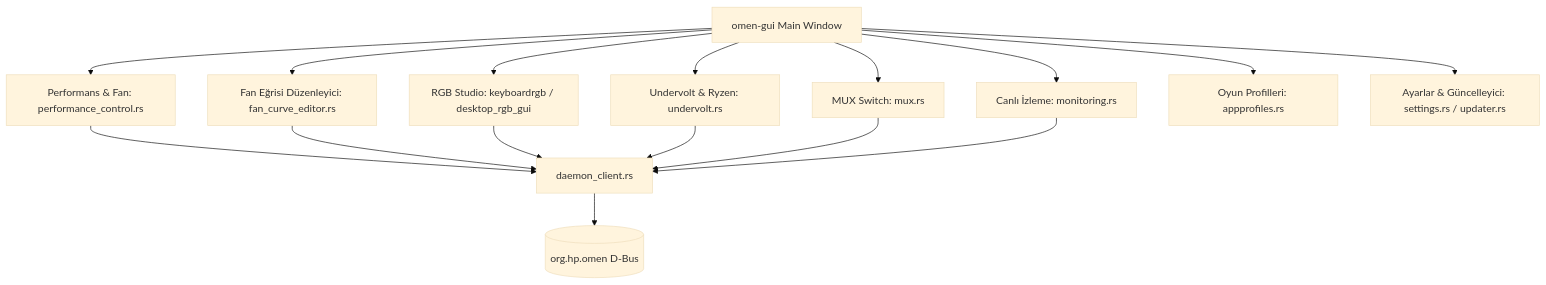
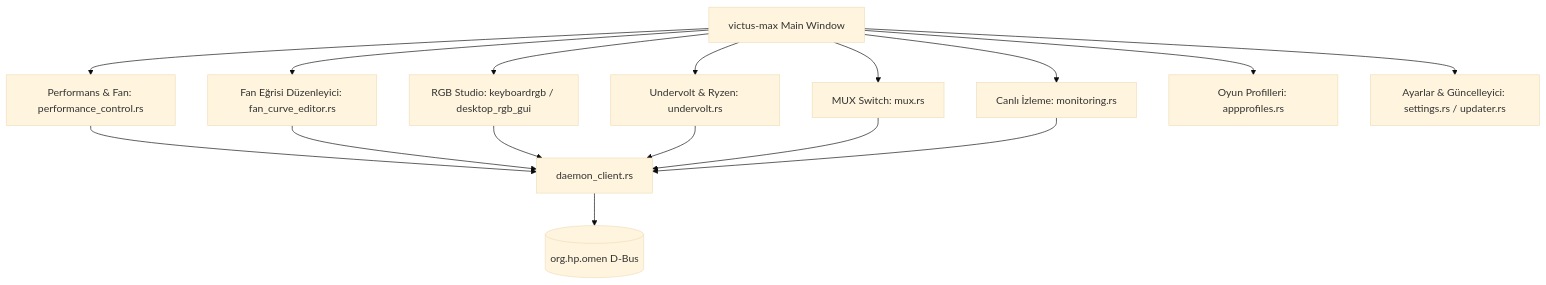
The diagram in docs/victus-max-wiki/user-experience/gui-application.md (umutaktepe/victus-max), drawn with Mermaid (base theme) before and after one commit. The commit also changed other lines of this file and 36 other files, not shown here.

Commit message:
docs: clean up stale omenspace references and align with victus-max

````diff
--- a/docs/victus-max-wiki/user-experience/gui-application.md
+++ b/docs/victus-max-wiki/user-experience/gui-application.md
@@ -12,19 +12,19 @@
 ```mermaid
 graph TD
-    App[omen-gui Main Window] --> Mon[Canlı İzleme: monitoring.rs]
+    App[victus-max Main Window] --> Mon[Canlı İzleme: monitoring.rs]
     App --> Perf[Performans & Fan: performance_control.rs]
     App --> Curve[Fan Eğrisi Düzenleyici: fan_curve_editor.rs]
     App --> RGB[RGB Studio: keyboardrgb / desktop_rgb_gui]
     App --> UV[Undervolt & Ryzen: undervolt.rs]
     App --> MUX[MUX Switch: mux.rs]
     App --> AppProf[Oyun Profilleri: appprofiles.rs]
     App --> Sett[Ayarlar & Güncelleyici: settings.rs / updater.rs]
     
     Perf --> Client[daemon_client.rs]
     Curve --> Client
     RGB --> Client
     UV --> Client
     MUX --> Client
     Mon --> Client
     Client --> DBus[(org.hp.omen D-Bus)]
 ```
````
